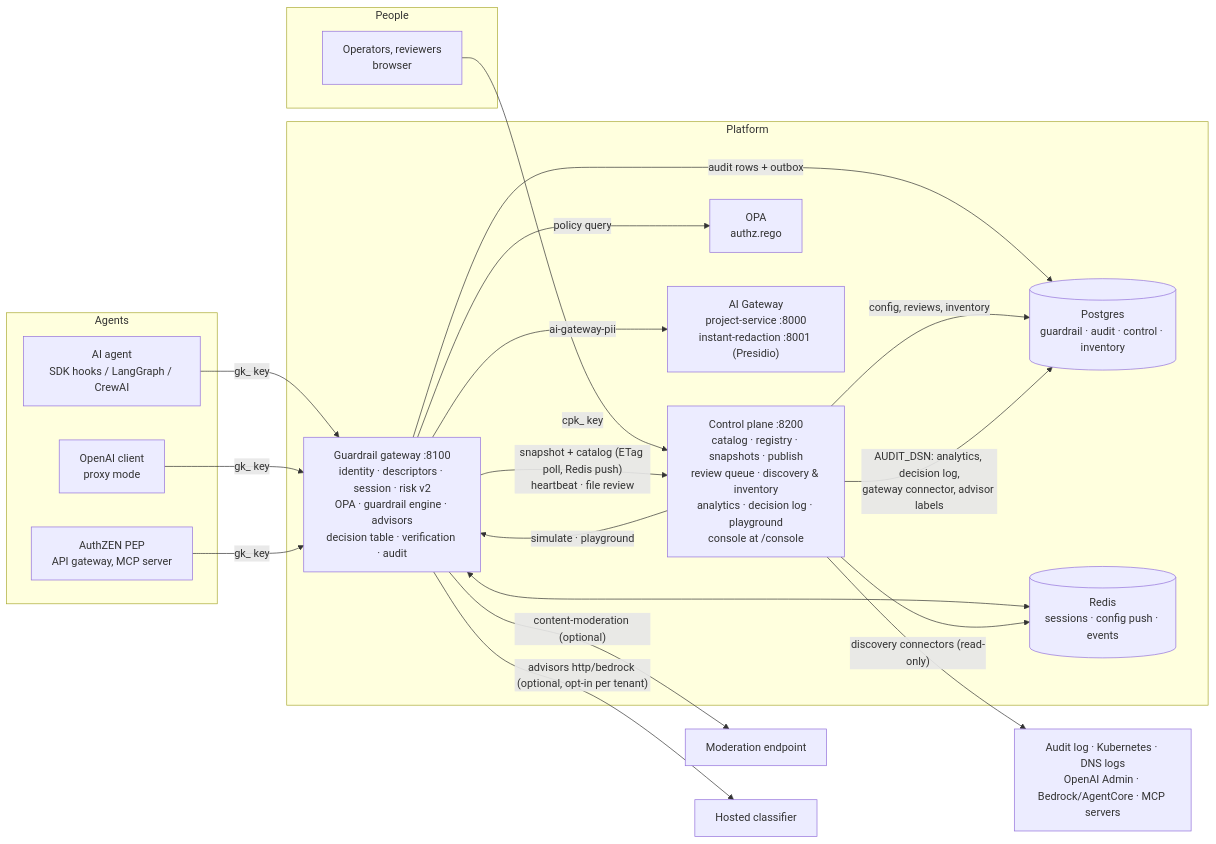
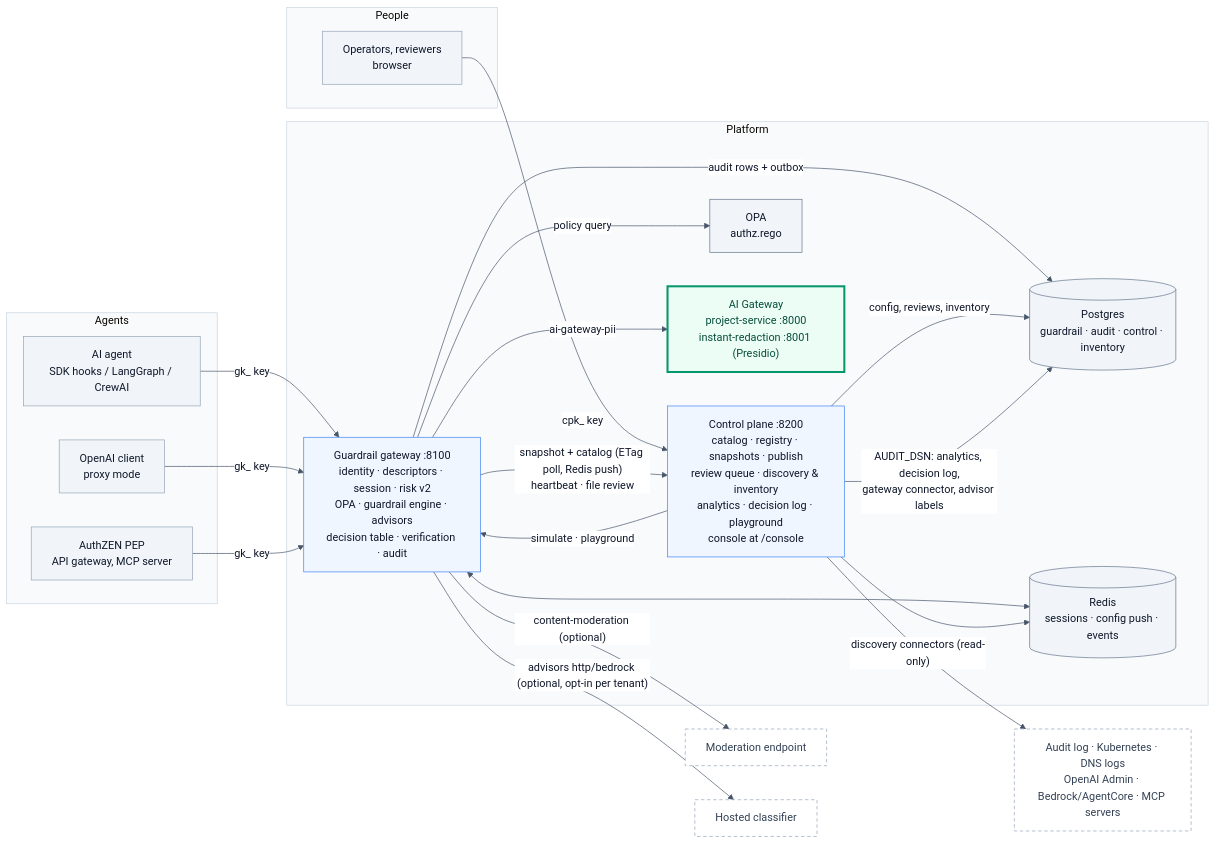
The first of 4 diagrams in docs/architecture.md (ramsha287/policy-guardrails-agent), drawn with Mermaid before and after one commit. The commit also changed other lines of this file and 2 other files, not shown here.

First line of the commit message:
Fix flaky playground poll check; colour the architecture diagrams

````diff
--- a/docs/architecture.md
+++ b/docs/architecture.md
@@ -9,36 +9,48 @@
 ```mermaid
+%%{init: {"theme": "base", "themeVariables": {"primaryTextColor": "#0f172a", "lineColor": "#475569", "clusterBkg": "#f8fafc", "clusterBorder": "#cbd5e1", "edgeLabelBackground": "#ffffff"}}}%%
 flowchart LR
   subgraph Agents
     A1[AI agent<br/>SDK hooks / LangGraph / CrewAI]
     A2[OpenAI client<br/>proxy mode]
     A3[AuthZEN PEP<br/>API gateway, MCP server]
   end
   subgraph People
     OP[Operators, reviewers<br/>browser]
   end
 
   A1 & A2 & A3 -- "gk_ key" --> GW
   OP -- "cpk_ key" --> CP
 
   subgraph Platform
     GW["Guardrail gateway :8100<br/>identity · descriptors · session · risk v2<br/>OPA · guardrail engine · advisors<br/>decision table · verification · audit"]
     OPA[OPA<br/>authz.rego]
     CP["Control plane :8200<br/>catalog · registry · snapshots · publish<br/>review queue · discovery & inventory<br/>analytics · decision log · playground<br/>console at /console"]
     AIG["AI Gateway<br/>project-service :8000<br/>instant-redaction :8001 (Presidio)"]
     PG[(Postgres<br/>guardrail · audit · control · inventory)]
     R[(Redis<br/>sessions · config push · events)]
   end
 
   GW -- policy query --> OPA
   GW -- "ai-gateway-pii" --> AIG
   GW -- "snapshot + catalog (ETag poll, Redis push)<br/>heartbeat · file review" --> CP
   CP -- "simulate · playground" --> GW
   GW -- "audit rows + outbox" --> PG
   CP -- "config, reviews, inventory" --> PG
   CP -- "AUDIT_DSN: analytics, decision log,<br/>gateway connector, advisor labels" --> PG
   GW <--> R
   CP --> R
   CP -- "discovery connectors (read-only)" --> SRC[Audit log · Kubernetes · DNS logs<br/>OpenAI Admin · Bedrock/AgentCore · MCP servers]
   GW -- "content-moderation (optional)" --> MOD[Moderation endpoint]
   GW -- "advisors http/bedrock (optional, opt-in per tenant)" --> ADV[Hosted classifier]
+
+  classDef client fill:#f1f5f9,stroke:#94a3b8,color:#0f172a
+  classDef service fill:#eff6ff,stroke:#3b82f6,color:#0f172a
+  classDef aigw fill:#ecfdf5,stroke:#059669,stroke-width:3px,color:#064e3b
+  classDef store fill:#f1f5f9,stroke:#64748b,color:#0f172a
+  classDef external fill:#ffffff,stroke:#94a3b8,stroke-dasharray:5 4,color:#334155
+  class A1,A2,A3,OP client
+  class GW,CP service
+  class AIG aigw
+  class OPA,PG,R store
+  class SRC,MOD,ADV external
 ```
````
